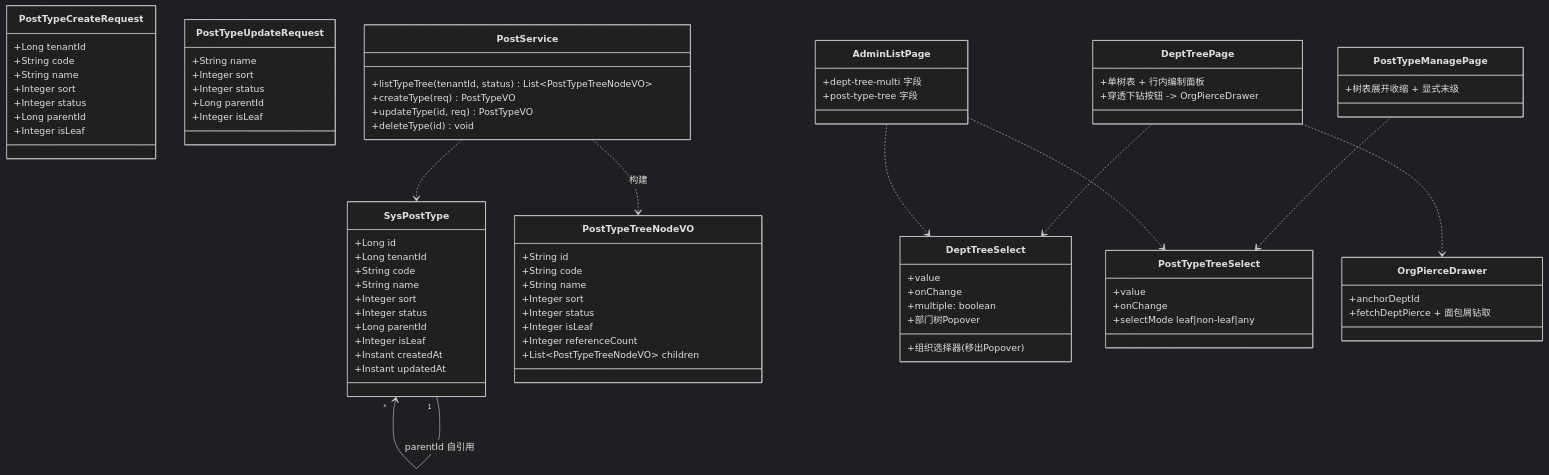
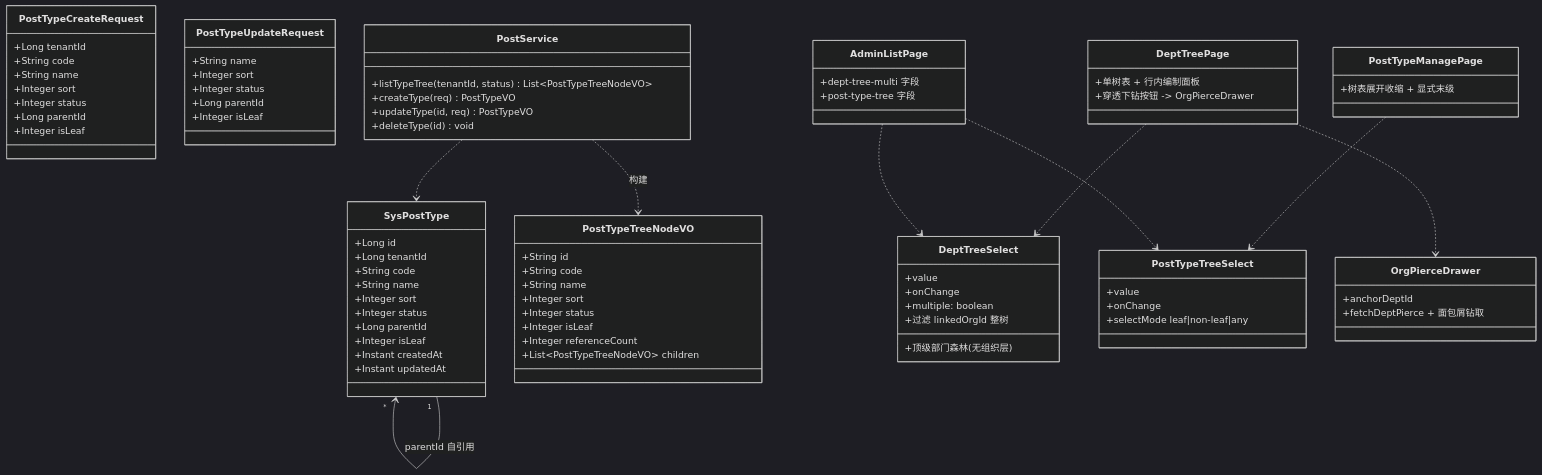
One commit to 13961588612/mis-platform changed the diagram in deliverables/software-company/org-dept-post-redesign-2026-08-16.class.mermaid. Above: the diagram before and after it, drawn with Mermaid (dark theme). The commit also changed 7 other files, not shown here.

```diff
--- a/deliverables/software-company/org-dept-post-redesign-2026-08-16.class.mermaid
+++ b/deliverables/software-company/org-dept-post-redesign-2026-08-16.class.mermaid
@@ -1,83 +1,83 @@
 classDiagram
   %% 后端实体/VO
   class SysPostType {
     +Long id
     +Long tenantId
     +String code
     +String name
     +Integer sort
     +Integer status
     +Long parentId
     +Integer isLeaf
     +Instant createdAt
     +Instant updatedAt
   }
   class PostTypeTreeNodeVO {
     +String id
     +String code
     +String name
     +Integer sort
     +Integer status
     +Integer isLeaf
     +Integer referenceCount
     +List~PostTypeTreeNodeVO~ children
   }
   class PostTypeCreateRequest {
     +Long tenantId
     +String code
     +String name
     +Integer sort
     +Integer status
     +Long parentId
     +Integer isLeaf
   }
   class PostTypeUpdateRequest {
     +String name
     +Integer sort
     +Integer status
     +Long parentId
     +Integer isLeaf
   }
   class PostService {
     +listTypeTree(tenantId, status) List~PostTypeTreeNodeVO~
     +createType(req) PostTypeVO
     +updateType(id, req) PostTypeVO
     +deleteType(id) void
   }
   SysPostType "1" --> "*" SysPostType : parentId 自引用
   PostService ..> SysPostType
   PostService ..> PostTypeTreeNodeVO : 构建
 
   %% 前端组件
   class DeptTreeSelect {
     +value
     +onChange
     +multiple: boolean
-    +组织选择器(移出Popover)
-    +部门树Popover
+    +顶级部门森林(无组织层)
+    +过滤 linkedOrgId 整树
   }
   class PostTypeTreeSelect {
     +value
     +onChange
     +selectMode leaf|non-leaf|any
   }
   class OrgPierceDrawer {
     +anchorDeptId
     +fetchDeptPierce + 面包屑钻取
   }
   class DeptTreePage {
     +单树表 + 行内编制面板
     +穿透下钻按钮 -> OrgPierceDrawer
   }
   class PostTypeManagePage {
     +树表展开收缩 + 显式末级
   }
   class AdminListPage {
     +dept-tree-multi 字段
     +post-type-tree 字段
   }
   DeptTreePage ..> DeptTreeSelect
   DeptTreePage ..> OrgPierceDrawer
   PostTypeManagePage ..> PostTypeTreeSelect
   AdminListPage ..> PostTypeTreeSelect
   AdminListPage ..> DeptTreeSelect
```
